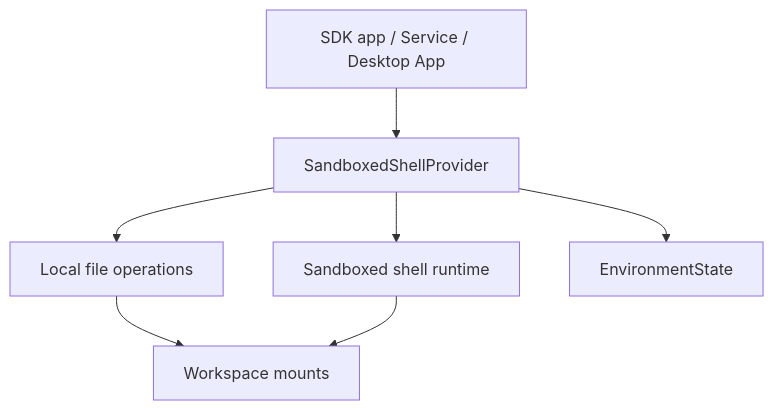
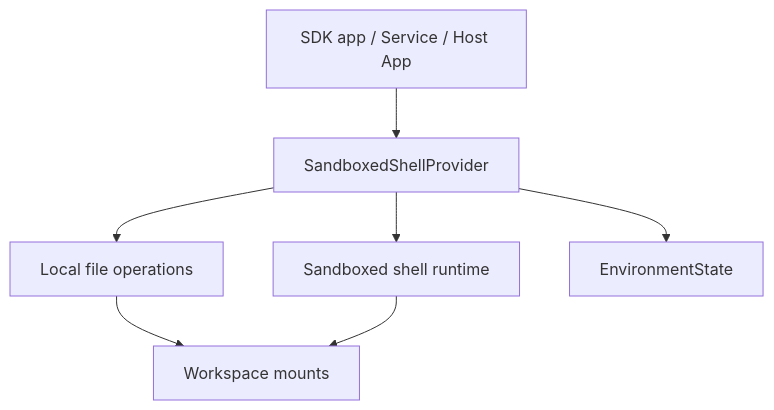
Before and after one commit to Wh1isper/starweaver: the second of 3 diagrams in spec/sdk/02-environment-provider.md, drawn with Mermaid. The commit also changed 106 other files, not shown here.

````diff
--- a/spec/sdk/02-environment-provider.md
+++ b/spec/sdk/02-environment-provider.md
@@ -157,16 +157,16 @@
 ```mermaid
 flowchart TB
-    app[SDK app / Service / Desktop App]
+    app[SDK app / Service / Host App]
     provider[SandboxedShellProvider]
     fileops[Local file operations]
     shell[Sandboxed shell runtime]
     mounts[Workspace mounts]
     state[EnvironmentState]
 
     app --> provider
     provider --> fileops
     provider --> shell
     fileops --> mounts
     shell --> mounts
     provider --> state
 ```
````
